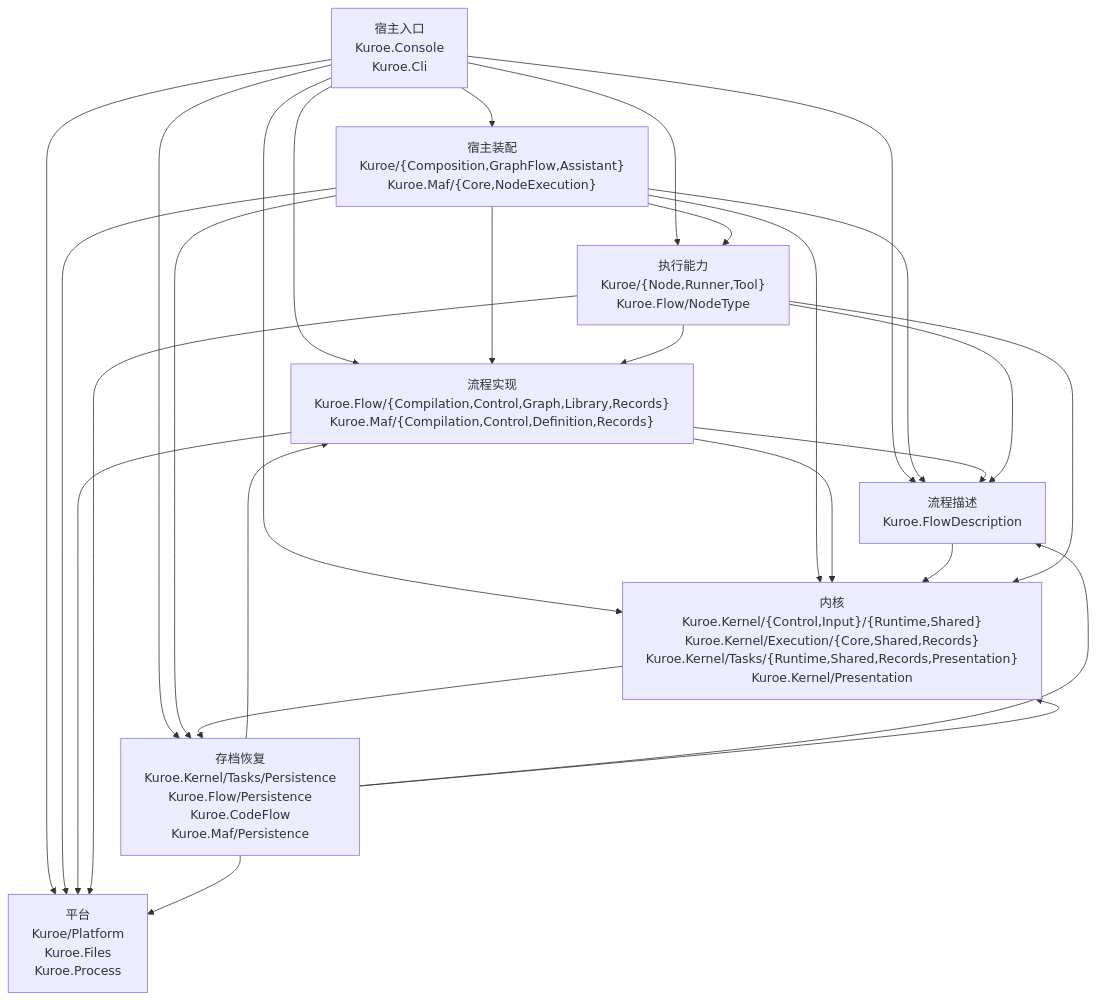
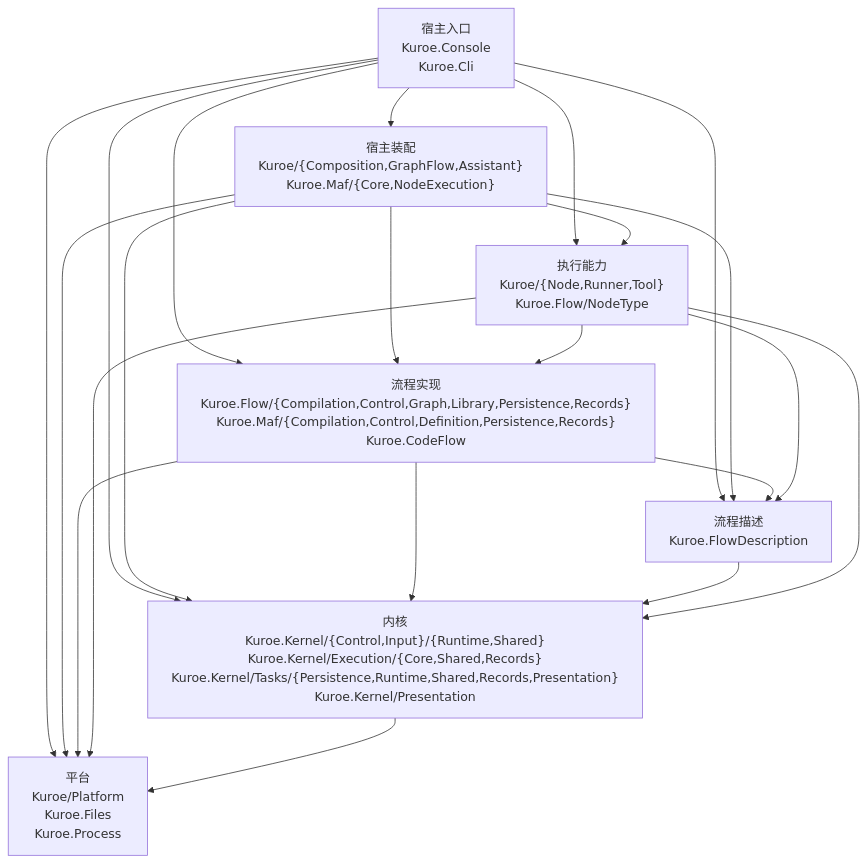
One commit to DrMelt/Kuroe changed the diagram in docs/dev/architecture/functional_boundary/index.md. Above: the diagram before and after it, drawn with Mermaid. The commit also changed other lines of this file and 17 other files, not shown here.

````diff
--- a/docs/dev/architecture/functional_boundary/index.md
+++ b/docs/dev/architecture/functional_boundary/index.md
@@ -3,38 +3,31 @@
 ```mermaid
 flowchart TD
     LEntry["宿主入口<br>Kuroe.Console<br>Kuroe.Cli"]
     LAssembly["宿主装配<br>Kuroe/{Composition,GraphFlow,Assistant}<br>Kuroe.Maf/{Core,NodeExecution}"]
-    LFlow["流程实现<br>Kuroe.Flow/{Compilation,Control,Graph,Library,Records}<br>Kuroe.Maf/{Compilation,Control,Definition,Records}"]
+    LFlow["流程实现<br>Kuroe.Flow/{Compilation,Control,Graph,Library,Persistence,Records}<br>Kuroe.Maf/{Compilation,Control,Definition,Persistence,Records}<br>Kuroe.CodeFlow"]
     LDescription["流程描述<br>Kuroe.FlowDescription"]
     LAbility["执行能力<br>Kuroe/{Node,Runner,Tool}<br>Kuroe.Flow/NodeType"]
-    LPersistence["存档恢复<br>Kuroe.Kernel/Tasks/Persistence<br>Kuroe.Flow/Persistence<br>Kuroe.CodeFlow<br>Kuroe.Maf/Persistence"]
-    LKernel["内核<br>Kuroe.Kernel/{Control,Input}/{Runtime,Shared}<br>Kuroe.Kernel/Execution/{Core,Shared,Records}<br>Kuroe.Kernel/Tasks/{Runtime,Shared,Records,Presentation}<br>Kuroe.Kernel/Presentation"]
+    LKernel["内核<br>Kuroe.Kernel/{Control,Input}/{Runtime,Shared}<br>Kuroe.Kernel/Execution/{Core,Shared,Records}<br>Kuroe.Kernel/Tasks/{Persistence,Runtime,Shared,Records,Presentation}<br>Kuroe.Kernel/Presentation"]
     LPlatform["平台<br>Kuroe/Platform<br>Kuroe.Files<br>Kuroe.Process"]
 
     LEntry --> LAssembly
     LEntry --> LFlow
     LEntry --> LDescription
     LEntry --> LAbility
     LEntry --> LKernel
-    LEntry --> LPersistence
     LEntry --> LPlatform
     LAssembly --> LFlow
     LAssembly --> LDescription
     LAssembly --> LAbility
     LAssembly --> LKernel
-    LAssembly --> LPersistence
     LAssembly --> LPlatform
     LFlow --> LDescription
     LFlow --> LKernel
     LFlow --> LPlatform
     LDescription --> LKernel
     LAbility --> LFlow
     LAbility --> LDescription
     LAbility --> LKernel
     LAbility --> LPlatform
-    LPersistence --> LFlow
-    LPersistence --> LDescription
-    LPersistence --> LKernel
-    LPersistence --> LPlatform
-    LKernel --> LPersistence
+    LKernel --> LPlatform
 ```
````
